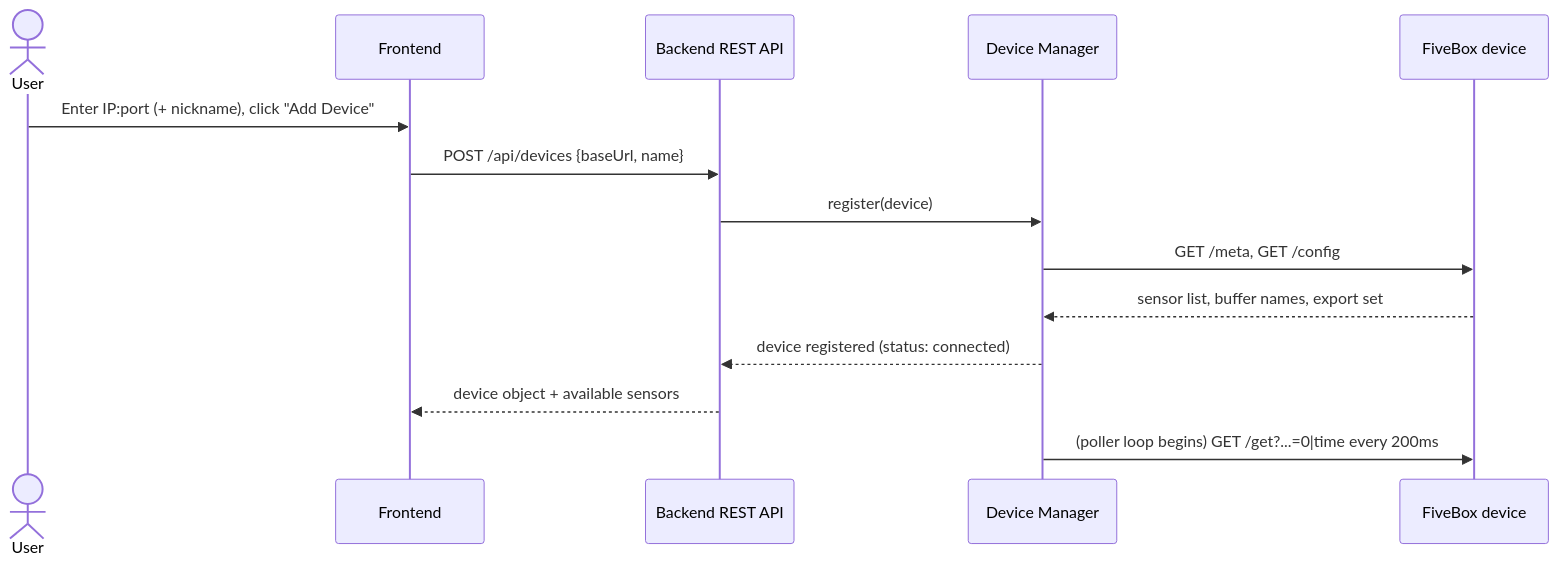
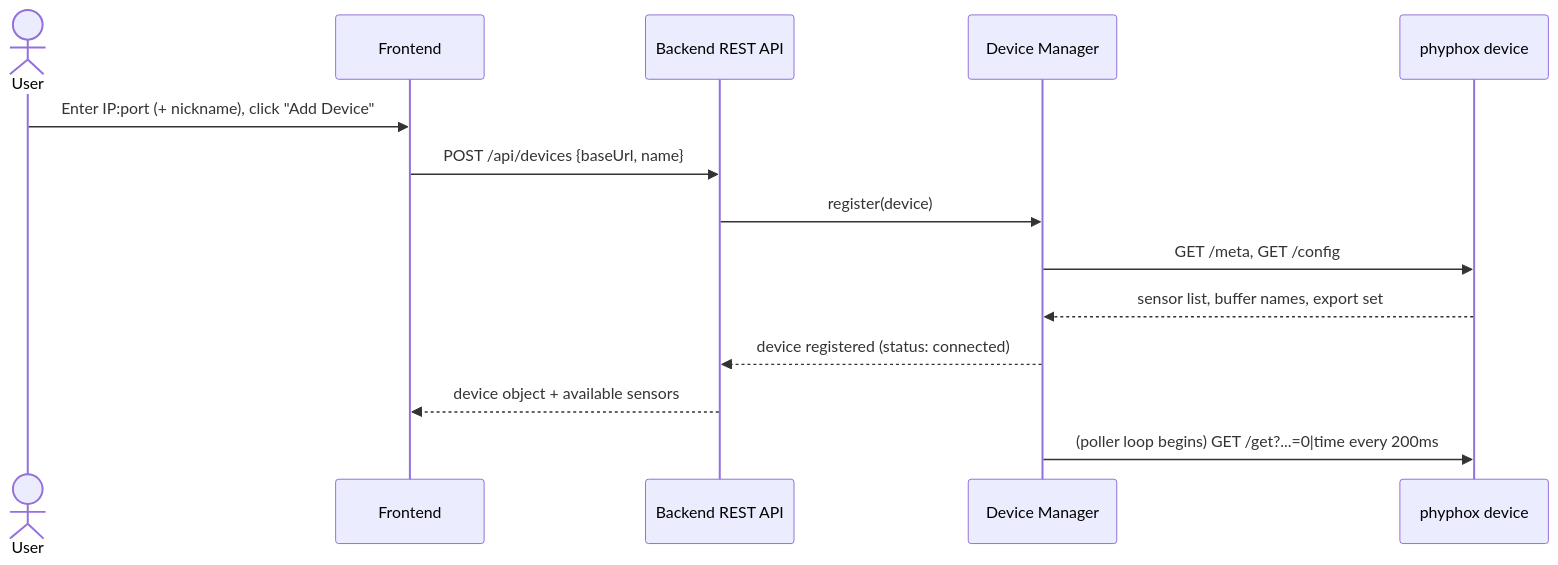
The second of 5 diagrams in IMPLEMENTATION_PLAN.md (ZR0W/phyphox-local-dashboard), drawn with Mermaid before and after one commit. The commit also changed other lines of this file and 1 other file, not shown here.

First line of the commit message:
Fix phyphox naming, add sync/pause open questions, doc deliverables

````diff
--- a/IMPLEMENTATION_PLAN.md
+++ b/IMPLEMENTATION_PLAN.md
@@ -94,17 +94,17 @@
 ```mermaid
 sequenceDiagram
     actor User
     participant UI as Frontend
     participant API as Backend REST API
     participant DM as Device Manager
-    participant Phone as FiveBox device
+    participant Phone as phyphox device
 
     User->>UI: Enter IP:port (+ nickname), click "Add Device"
     UI->>API: POST /api/devices {baseUrl, name}
     API->>DM: register(device)
     DM->>Phone: GET /meta, GET /config
     Phone-->>DM: sensor list, buffer names, export set
     DM-->>API: device registered (status: connected)
     API-->>UI: device object + available sensors
     DM->>Phone: (poller loop begins) GET /get?...=0|time every 200ms
 ```
````
